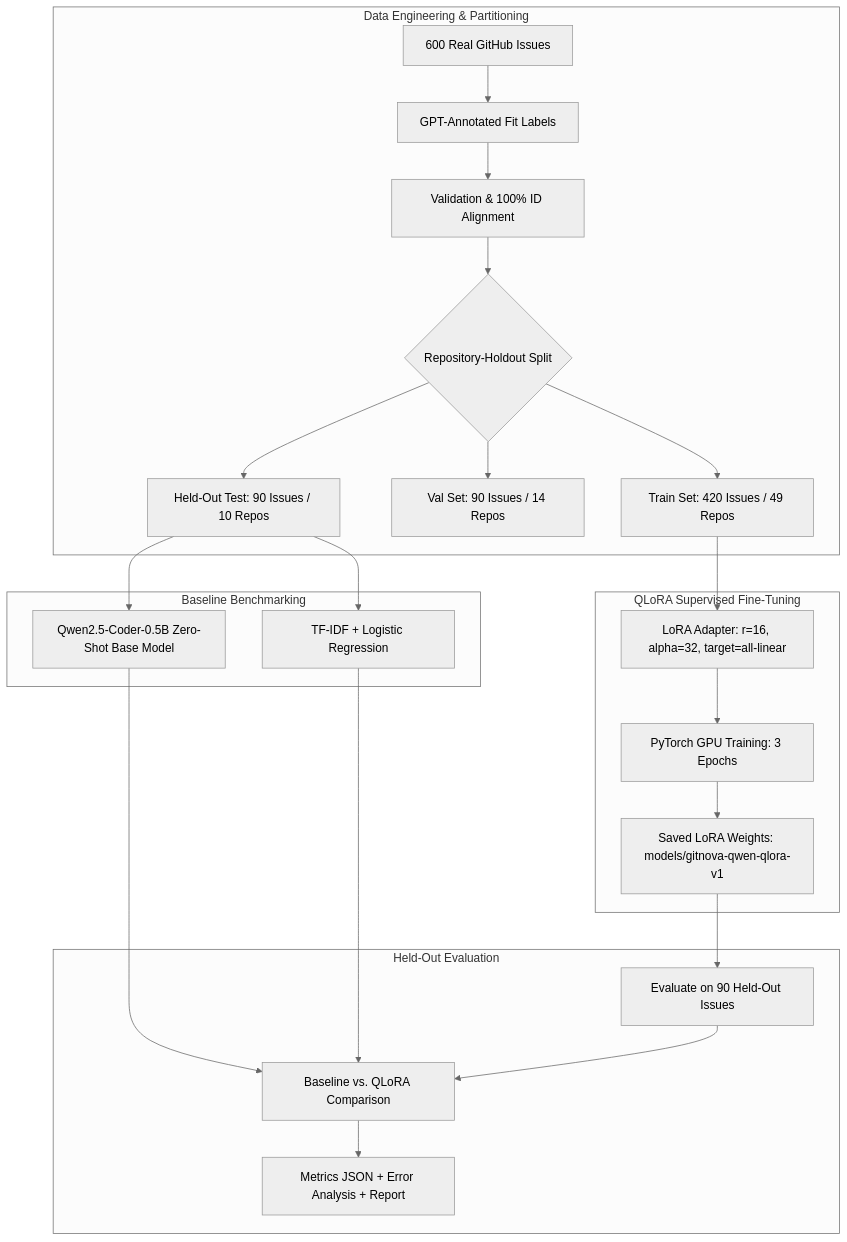
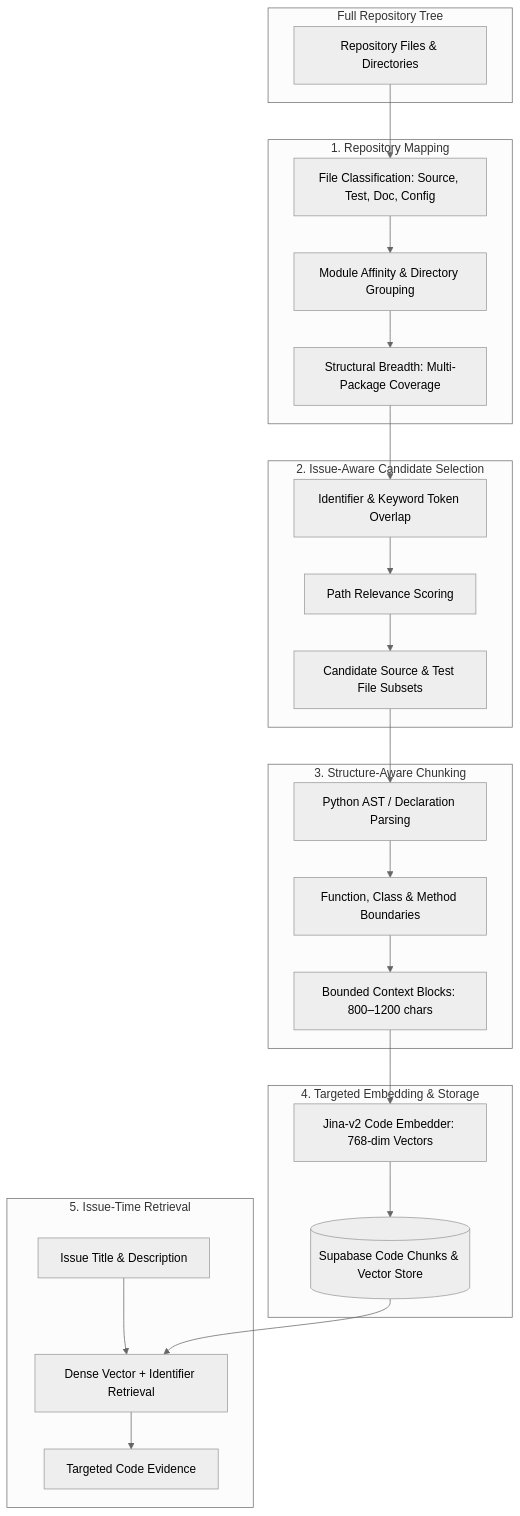
The second of 3 diagrams in README.md (sriharizz/gitnova), drawn with Mermaid (neutral theme) before and after one commit. The commit also changed other lines of this file, not shown here.

Commit message:
docs: interview-ready comprehensive architecture and design README

````diff
--- a/README.md
+++ b/README.md
@@ -100,30 +80,35 @@
 ```mermaid
 flowchart TD
-    subgraph DataEngine ["Data Engineering & Partitioning"]
-        Raw[600 Real GitHub Issues] --> Anno[GPT-Annotated Fit Labels]
-        Anno --> Val[Validation & 100% ID Alignment]
-        Val --> Split{Repository-Holdout Split}
-        Split --> TrainSet[Train Set: 420 Issues / 49 Repos]
-        Split --> ValSet[Val Set: 90 Issues / 14 Repos]
-        Split --> TestSet[Held-Out Test: 90 Issues / 10 Repos]
+    subgraph RepoTree ["Full Repository Tree"]
+        T[Repository Files & Directories]
     end
 
-    subgraph Baselines ["Baseline Benchmarking"]
-        TestSet --> TFIDF[TF-IDF + Logistic Regression]
-        TestSet --> ZeroShot[Qwen2.5-Coder-0.5B Zero-Shot Base Model]
+    subgraph MapPhase ["1. Repository Mapping"]
+        T --> M1[File Classification: Source, Test, Doc, Config]
+        M1 --> M2[Module Affinity & Directory Grouping]
+        M2 --> M3[Structural Breadth: Multi-Package Coverage]
     end
 
-    subgraph FineTuning ["QLoRA Supervised Fine-Tuning"]
-        TrainSet --> LoRAConfig[LoRA Adapter: r=16, alpha=32, target=all-linear]
-        LoRAConfig --> PyTorch[PyTorch GPU Training: 3 Epochs]
-        PyTorch --> Adapter[Saved LoRA Weights: models/gitnova-qwen-qlora-v1]
+    subgraph CandidatePhase ["2. Issue-Aware Candidate Selection"]
+        M3 --> C1[Identifier & Keyword Token Overlap]
+        C1 --> C2[Path Relevance Scoring]
+        C2 --> C3[Candidate Source & Test File Subsets]
     end
 
-    subgraph Eval ["Held-Out Evaluation"]
-        Adapter --> TestEval[Evaluate on 90 Held-Out Issues]
-        ZeroShot --> Compare[Baseline vs. QLoRA Comparison]
-        TFIDF --> Compare
-        TestEval --> Compare
-        Compare --> Report[Metrics JSON + Error Analysis + Report]
+    subgraph ChunkingPhase ["3. Structure-Aware Chunking"]
+        C3 --> CK1[Python AST / Declaration Parsing]
+        CK1 --> CK2[Function, Class & Method Boundaries]
+        CK2 --> CK3[Bounded Context Blocks: 800–1200 chars]
+    end
+
+    subgraph EmbedPhase ["4. Targeted Embedding & Storage"]
+        CK3 --> EM1[Jina-v2 Code Embedder: 768-dim Vectors]
+        EM1 --> EM2[(Supabase Code Chunks & Vector Store)]
+    end
+
+    subgraph QueryPhase ["5. Issue-Time Retrieval"]
+        Q[Issue Title & Description] --> RT[Dense Vector + Identifier Retrieval]
+        EM2 --> RT
+        RT --> EV[Targeted Code Evidence]
     end
 ```
````
